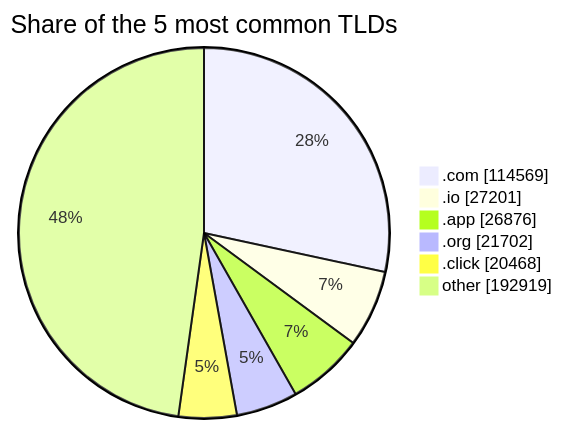
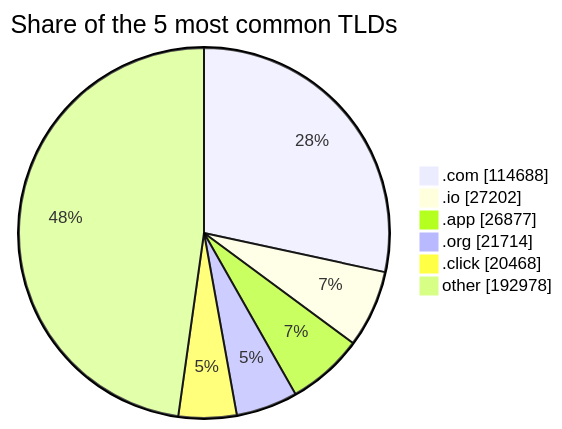
The third of 3 diagrams in README.md (DNSBunker/CTI), drawn with Mermaid before and after one commit. The commit also changed other lines of this file and 3 other files, not shown here.

````diff
--- a/README.md
+++ b/README.md
@@ -81,9 +81,9 @@
 ```mermaid
 pie showData title Share of the 5 most common TLDs
-    ".com" : 114569
-    ".io" : 27201
-    ".app" : 26876
-    ".org" : 21702
+    ".com" : 114688
+    ".io" : 27202
+    ".app" : 26877
+    ".org" : 21714
     ".click" : 20468
-    "other" : 192919
+    "other" : 192978
 ```
````
